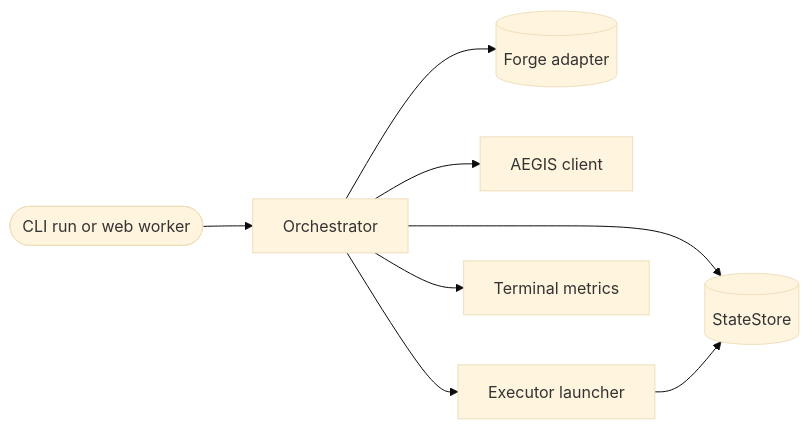
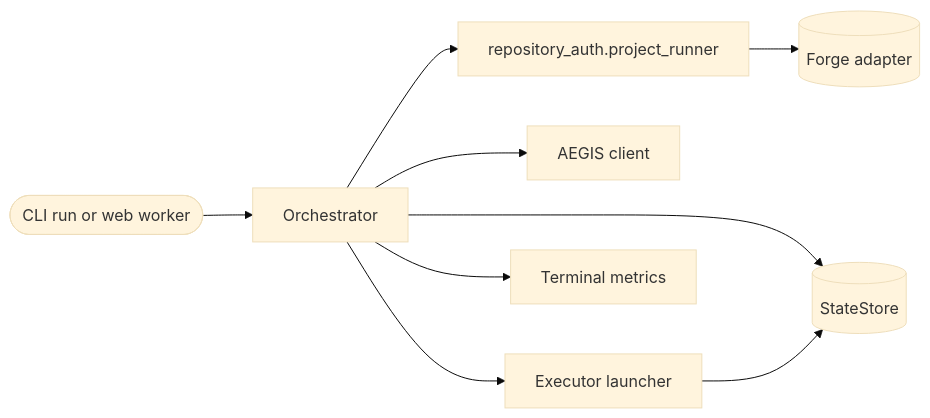
One commit to DDP-Engineering/AgenticDeliveryOrchestratorRuntimeEngine changed the diagram in .agentic/knowledge/orchestrator.md. Above: the diagram before and after it, drawn with Mermaid (base theme). The commit also changed other lines of this file and 30 other files, not shown here.

````diff
--- a/.agentic/knowledge/orchestrator.md
+++ b/.agentic/knowledge/orchestrator.md
@@ -66,10 +68,11 @@
 ```mermaid
 flowchart LR
     cli([CLI run or web worker]) --> conductor[Orchestrator]
-    conductor --> forge[(Forge adapter)]
+    conductor --> auth[repository_auth.project_runner]
+    auth --> forge[(Forge adapter)]
     conductor --> state[(StateStore)]
     conductor --> aegis[AEGIS client]
     conductor --> executor[Executor launcher]
     conductor --> metrics[Terminal metrics]
     executor --> state
 ```
````
